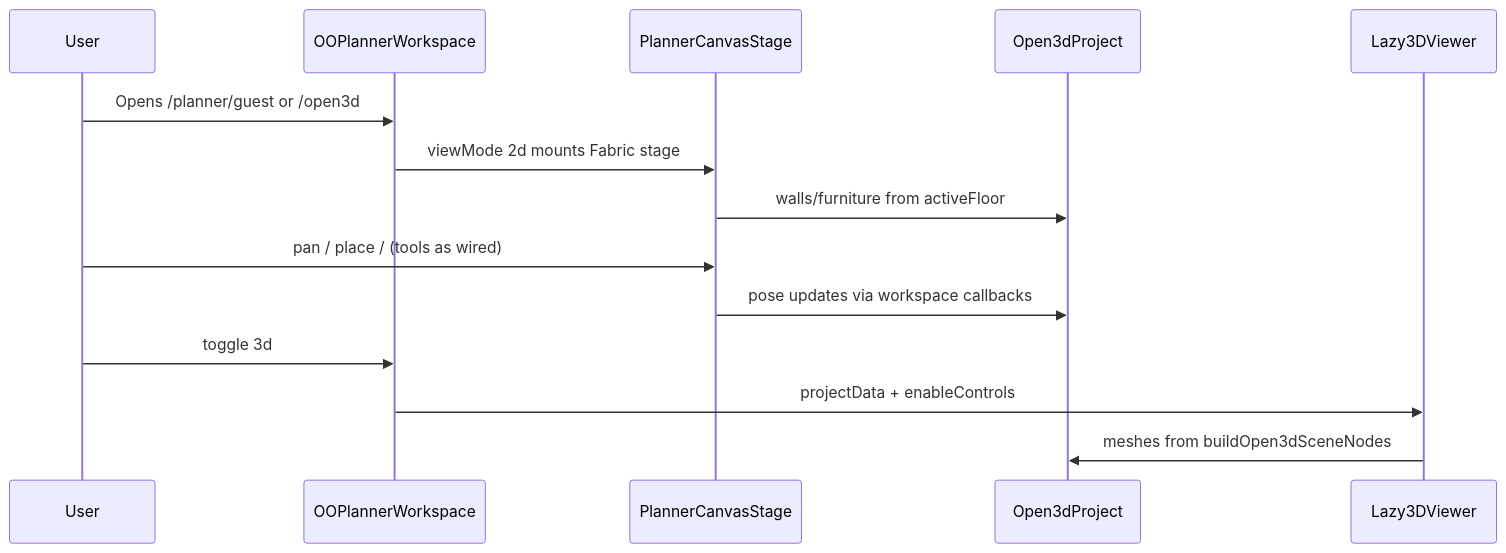
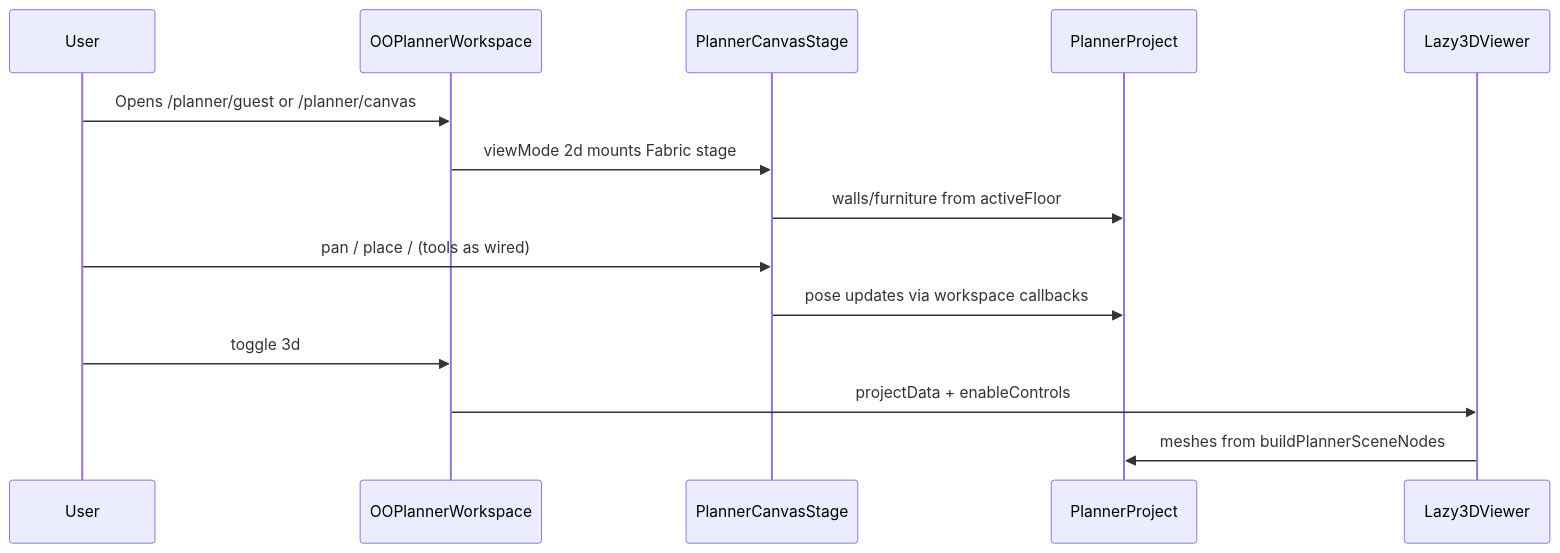
Before and after one commit to mayoite/12072026: the first of 10 diagrams in docs/architecture/05-DATA_FLOW.md, drawn with Mermaid. The commit also changed other lines of this file and 392 other files, not shown here.

````diff
--- a/docs/architecture/05-DATA_FLOW.md
+++ b/docs/architecture/05-DATA_FLOW.md
@@ -25,17 +25,17 @@
 ```mermaid
 sequenceDiagram
     participant User
     participant Workspace as OOPlannerWorkspace
     participant Stage as PlannerCanvasStage
-    participant Doc as Open3dProject
+    participant Doc as PlannerProject
     participant Viewer as Lazy3DViewer
 
-    User->>Workspace: Opens /planner/guest or /open3d
+    User->>Workspace: Opens /planner/guest or /planner/canvas
     Workspace->>Stage: viewMode 2d mounts Fabric stage
     Stage->>Doc: walls/furniture from activeFloor
     User->>Stage: pan / place / (tools as wired)
     Stage->>Doc: pose updates via workspace callbacks
     User->>Workspace: toggle 3d
     Workspace->>Viewer: projectData + enableControls
-    Viewer->>Doc: meshes from buildOpen3dSceneNodes
+    Viewer->>Doc: meshes from buildPlannerSceneNodes
 ```
````
